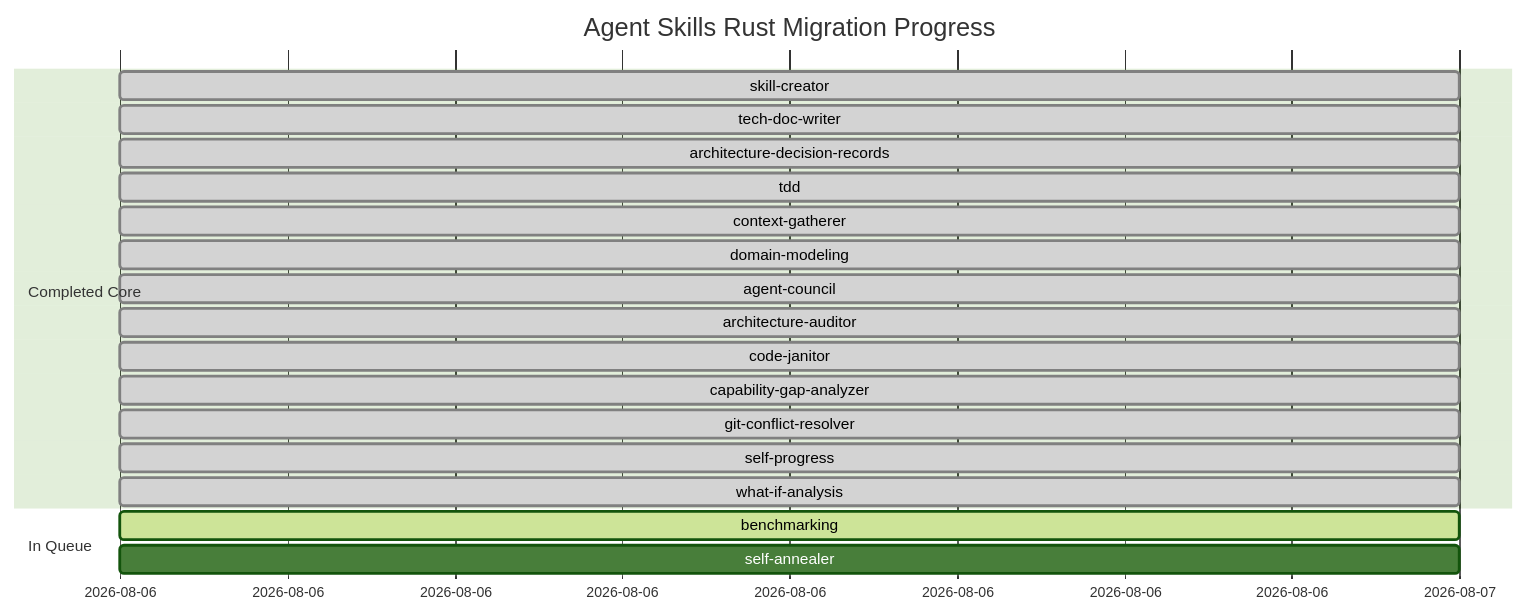
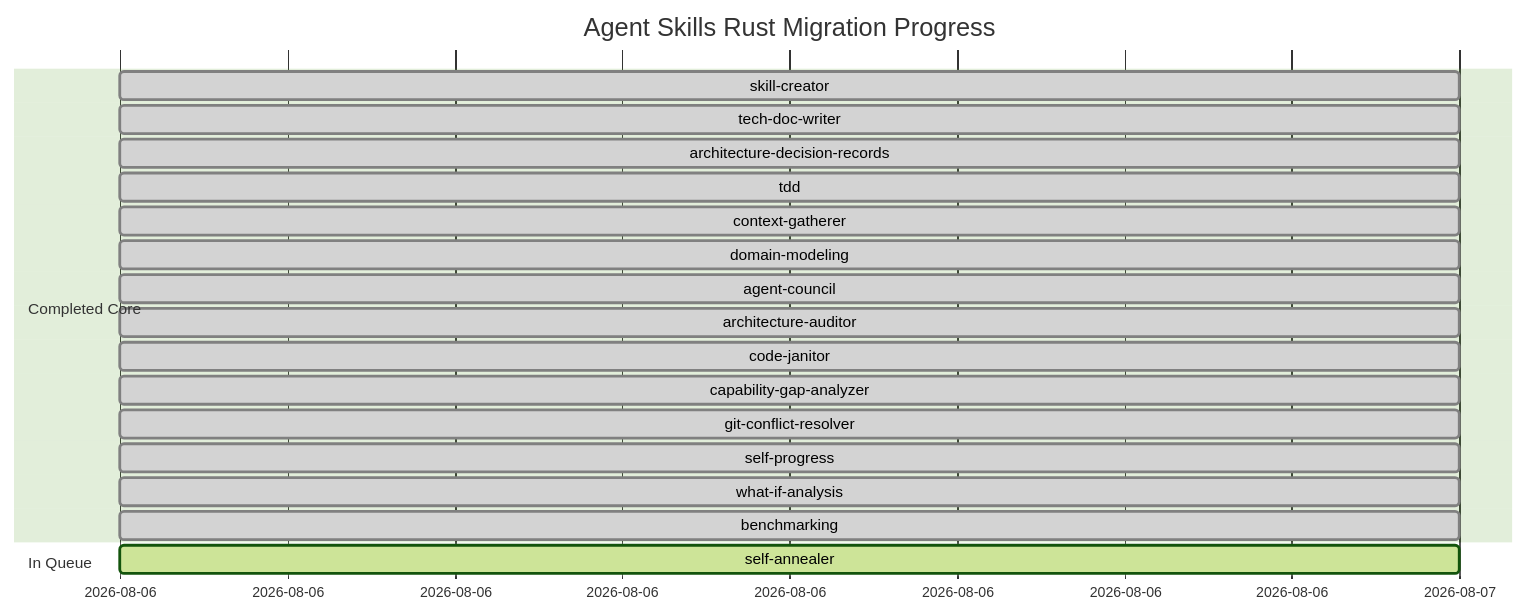
The diagram in docs/migration_progress.md (louis-pvs/agent-skills), drawn with Mermaid (forest theme) before and after one commit. The commit also changed other lines of this file and 5 other files, not shown here.

````diff
--- a/docs/migration_progress.md
+++ b/docs/migration_progress.md
@@ -26,22 +26,22 @@
 ```mermaid
 gantt
     title Agent Skills Rust Migration Progress
     dateFormat  YYYY-MM-DD
     section Completed Core
     skill-creator                  :done, 2026-08-06, 1d
     tech-doc-writer                :done, 2026-08-06, 1d
     architecture-decision-records  :done, 2026-08-06, 1d
     tdd                            :done, 2026-08-06, 1d
     context-gatherer               :done, 2026-08-06, 1d
     domain-modeling                :done, 2026-08-06, 1d
     agent-council                  :done, 2026-08-06, 1d
     architecture-auditor           :done, 2026-08-06, 1d
     code-janitor                   :done, 2026-08-06, 1d
     capability-gap-analyzer        :done, 2026-08-06, 1d
     git-conflict-resolver         :done, 2026-08-06, 1d
     self-progress                  :done, 2026-08-06, 1d
     what-if-analysis               :done, 2026-08-06, 1d
+    benchmarking                   :done, 2026-08-06, 1d
     section In Queue
-    benchmarking                   :active, 2026-08-06, 1d
-    self-annealer                  :2026-08-06, 1d
+    self-annealer                  :active, 2026-08-06, 1d
 ```
````
